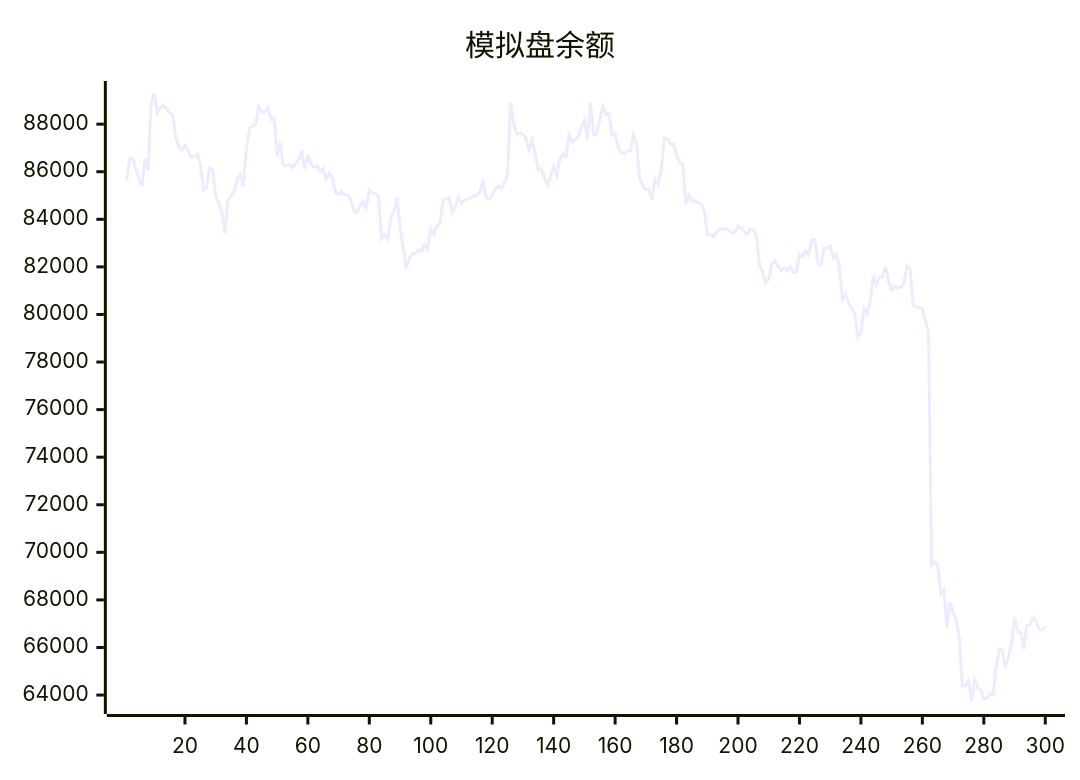
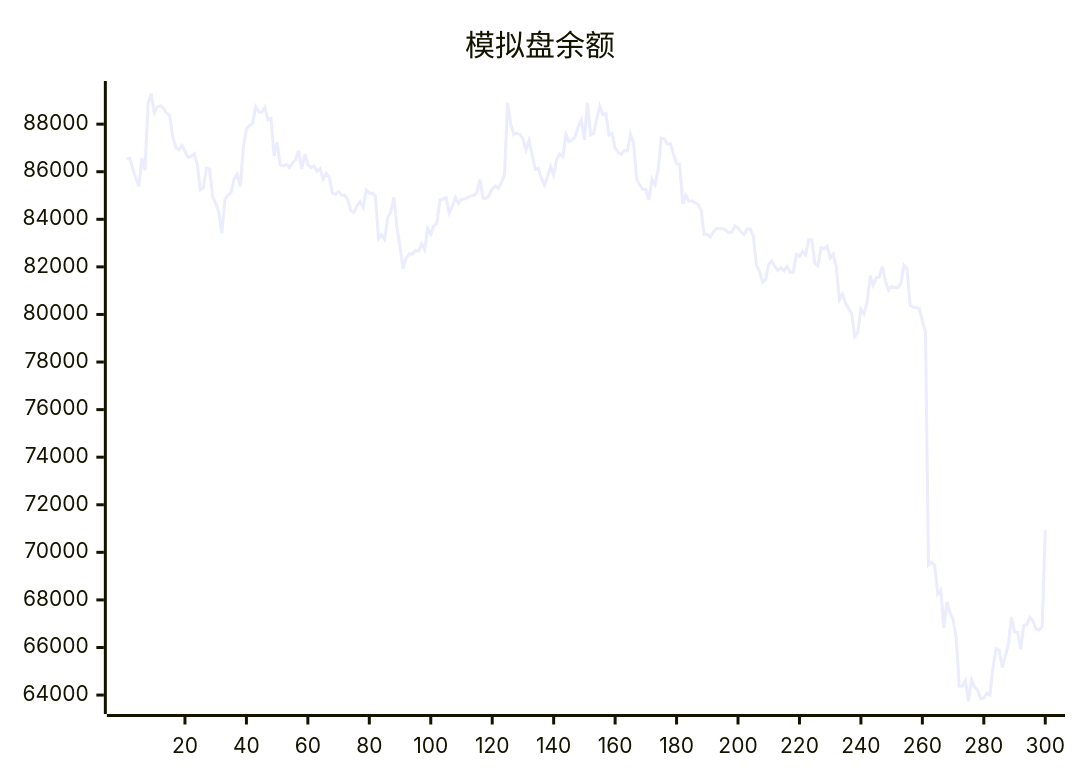
The diagram in README.md (aahl/ai-trading), drawn with Mermaid before and after one commit. The commit also changed other lines of this file and 1 other file, not shown here.

````diff
--- a/README.md
+++ b/README.md
@@ -5,5 +5,5 @@
 ```mermaid
 xychart
     title "模拟盘余额"
-    line [85623,86555,86562,86129,85722,85387,86569,86070,88870,89278,88477,88720,88781,88668,88467,88372,87493,87018,86917,87102,86870,86613,86644,86758,86317,85242,85334,86149,86106,84968,84671,84302,83410,84816,85001,85127,85693,85891,85384,87001,87811,87945,88007,88734,88528,88495,88705,88189,88248,86662,87234,86279,86251,86314,86177,86364,86503,86886,86114,86731,86310,86176,86240,86017,86136,85685,85938,85749,85111,85044,85164,85016,85008,84824,84354,84287,84572,84745,84500,85234,85096,85095,84970,83180,83338,83157,84070,84309,84922,83667,82850,81924,82369,82552,82539,82695,82648,82962,82728,83619,83378,83710,83825,84819,84854,84917,84265,84527,84919,84668,84834,84850,84916,84981,85004,85131,85674,84891,84864,85019,85284,85393,85294,85538,85894,88904,88012,87567,87625,87568,87386,86920,87313,86737,86094,86143,85725,85437,85787,86219,85859,86526,86740,86630,87563,87264,87335,87483,87886,88180,87335,88894,87544,87608,88207,88755,88401,88444,87543,87608,87000,86810,86740,86894,86884,87576,87209,85686,85435,85251,85255,84820,85689,85453,86066,87420,87373,87161,87178,86740,86341,86315,84643,85012,84772,84768,84690,84635,84376,83360,83357,83259,83474,83608,83606,83602,83548,83440,83454,83724,83644,83464,83365,83590,83592,83275,82072,81806,81344,81492,82109,82254,82006,81848,81955,81829,82022,81769,81776,82522,82441,82656,82498,83144,83144,82150,82038,82797,82763,82872,82367,82536,81981,80612,80862,80484,80242,80034,79063,79245,80226,80016,80507,81625,81233,81544,81578,82016,81401,81019,81186,81130,81118,81306,82066,81909,80392,80304,80291,80258,79729,79261,69466,69579,69456,68251,68415,66832,67911,67462,67144,66432,64380,64375,64606,63740,64647,64324,64216,63842,63877,64078,64008,65156,65945,65888,65157,65625,66144,67284,66653,66639,65924,66925,66956,67263,67108,66766,66729,66886]
+    line [86555,86562,86129,85722,85387,86569,86070,88870,89278,88477,88720,88781,88668,88467,88372,87493,87018,86917,87102,86870,86613,86644,86758,86317,85242,85334,86149,86106,84968,84671,84302,83410,84816,85001,85127,85693,85891,85384,87001,87811,87945,88007,88734,88528,88495,88705,88189,88248,86662,87234,86279,86251,86314,86177,86364,86503,86886,86114,86731,86310,86176,86240,86017,86136,85685,85938,85749,85111,85044,85164,85016,85008,84824,84354,84287,84572,84745,84500,85234,85096,85095,84970,83180,83338,83157,84070,84309,84922,83667,82850,81924,82369,82552,82539,82695,82648,82962,82728,83619,83378,83710,83825,84819,84854,84917,84265,84527,84919,84668,84834,84850,84916,84981,85004,85131,85674,84891,84864,85019,85284,85393,85294,85538,85894,88904,88012,87567,87625,87568,87386,86920,87313,86737,86094,86143,85725,85437,85787,86219,85859,86526,86740,86630,87563,87264,87335,87483,87886,88180,87335,88894,87544,87608,88207,88755,88401,88444,87543,87608,87000,86810,86740,86894,86884,87576,87209,85686,85435,85251,85255,84820,85689,85453,86066,87420,87373,87161,87178,86740,86341,86315,84643,85012,84772,84768,84690,84635,84376,83360,83357,83259,83474,83608,83606,83602,83548,83440,83454,83724,83644,83464,83365,83590,83592,83275,82072,81806,81344,81492,82109,82254,82006,81848,81955,81829,82022,81769,81776,82522,82441,82656,82498,83144,83144,82150,82038,82797,82763,82872,82367,82536,81981,80612,80862,80484,80242,80034,79063,79245,80226,80016,80507,81625,81233,81544,81578,82016,81401,81019,81186,81130,81118,81306,82066,81909,80392,80304,80291,80258,79729,79261,69466,69579,69456,68251,68415,66832,67911,67462,67144,66432,64380,64375,64606,63740,64647,64324,64216,63842,63877,64078,64008,65156,65945,65888,65157,65625,66144,67284,66653,66639,65924,66925,66956,67263,67108,66766,66729,66886,70927]
 ```
````
